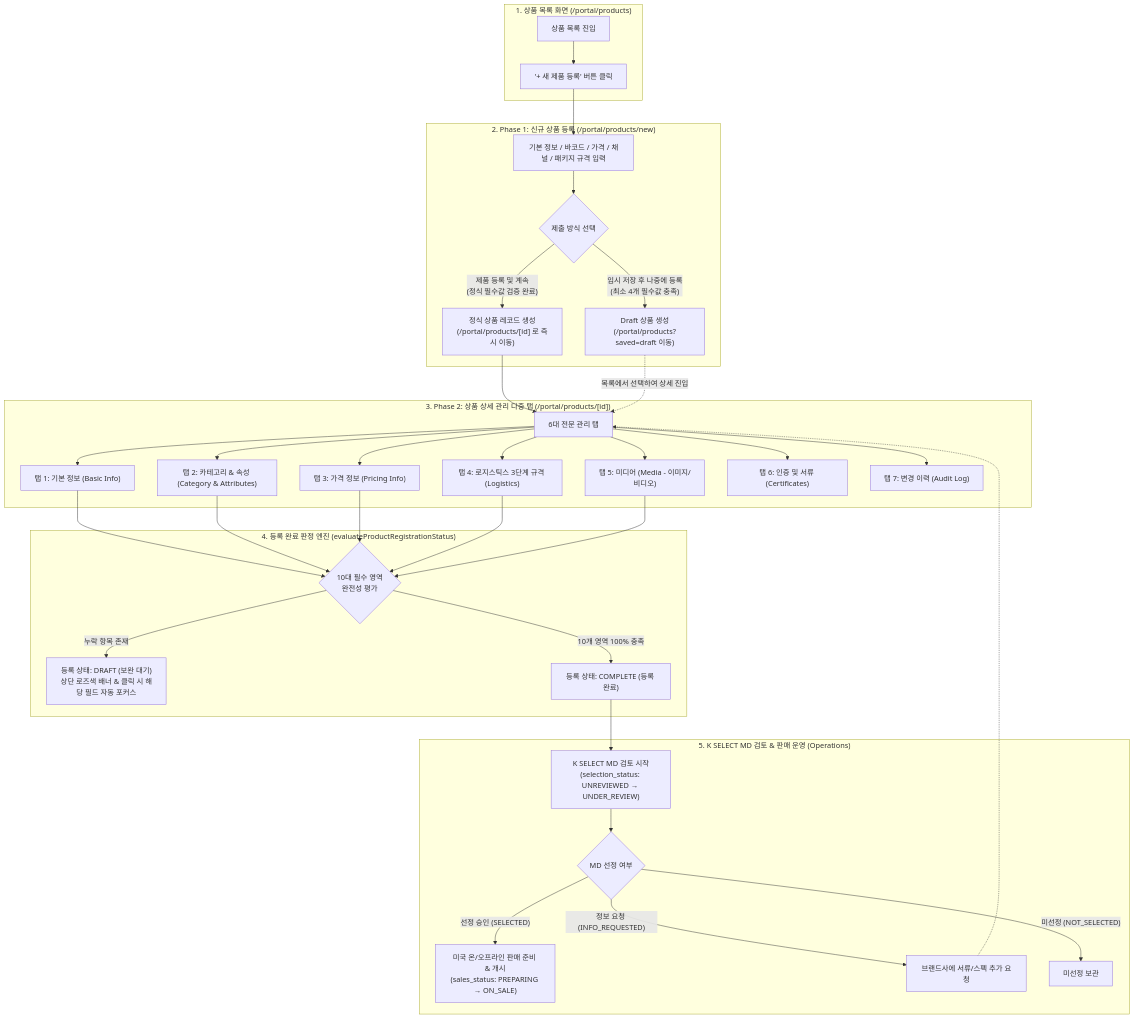
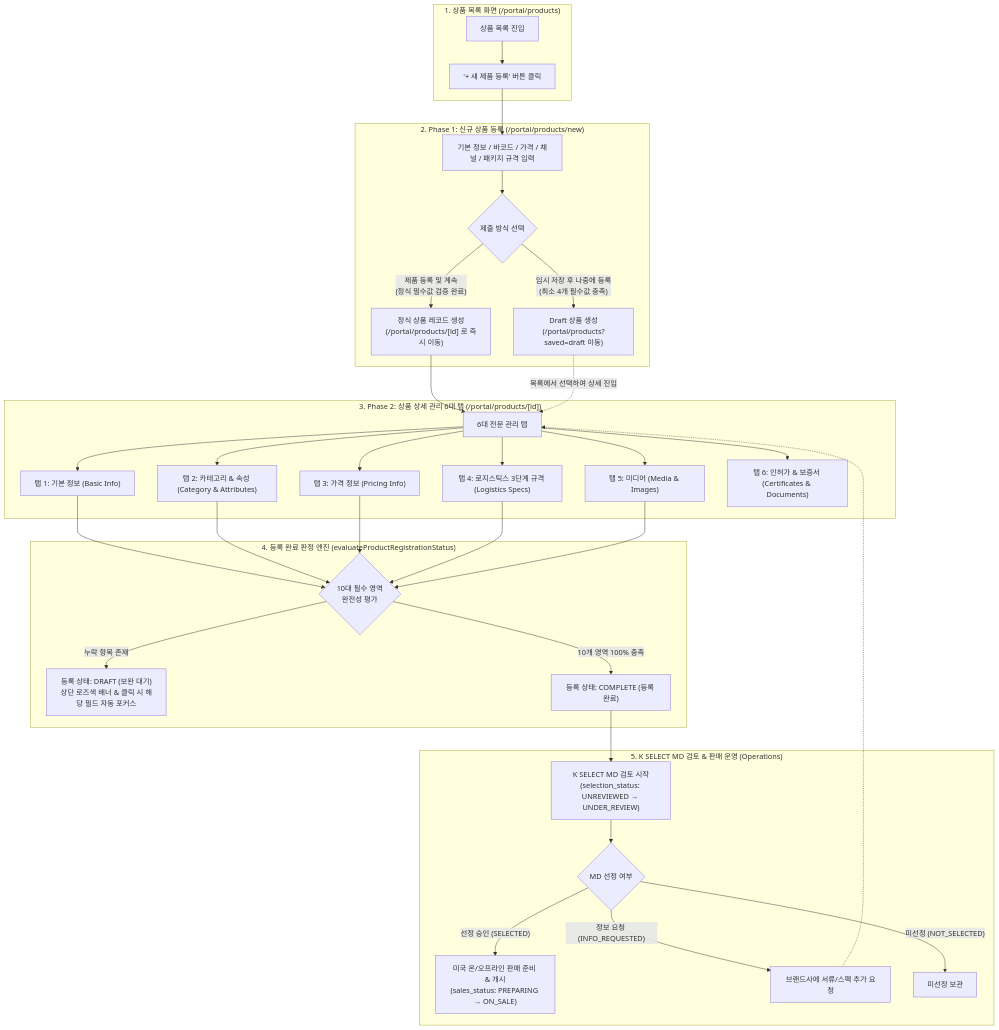
One commit to chaehahm-Kr/KBGP-Portal changed the first of 4 diagrams in Manuals/MAN-B-PROD-001_Product-Management/02_CLAUDE_PACKAGE/03_DIAGRAMS/PRODUCT_ARCHITECTURE_DIAGRAMS.md. Above: the diagram before and after it, drawn with Mermaid. The commit also changed other lines of this file and 6 other files, not shown here.

````diff
--- a/Manuals/MAN-B-PROD-001_Product-Management/02_CLAUDE_PACKAGE/03_DIAGRAMS/PRODUCT_ARCHITECTURE_DIAGRAMS.md
+++ b/Manuals/MAN-B-PROD-001_Product-Management/02_CLAUDE_PACKAGE/03_DIAGRAMS/PRODUCT_ARCHITECTURE_DIAGRAMS.md
@@ -14,41 +15,40 @@
 ```mermaid
 flowchart TD
     subgraph List["1. 상품 목록 화면 (/portal/products)"]
         L1["상품 목록 진입"] --> L2["'+ 새 제품 등록' 버튼 클릭"]
     end
 
     subgraph Phase1["2. Phase 1: 신규 상품 등록 (/portal/products/new)"]
         L2 --> P1["기본 정보 / 바코드 / 가격 / 채널 / 패키지 규격 입력"]
         P1 --> BRANCH{"제출 방식 선택"}
         BRANCH -->|"임시 저장 후 나중에 등록<br>(최소 4개 필수값 충족)"| DRAFT_SAVE["Draft 상품 생성<br>(/portal/products?saved=draft 이동)"]
         BRANCH -->|"제품 등록 및 계속<br>(정식 필수값 검증 완료)"| CONT_SAVE["정식 상품 레코드 생성<br>(/portal/products/[id] 로 즉시 이동)"]
     end
 
-    subgraph Phase2["3. Phase 2: 상품 상세 관리 다중 탭 (/portal/products/[id])"]
+    subgraph Phase2["3. Phase 2: 상품 상세 관리 6대 탭 (/portal/products/[id])"]
         CONT_SAVE --> TABS["6대 전문 관리 탭"]
         DRAFT_SAVE -.->|"목록에서 선택하여 상세 진입"| TABS
         
         TABS --> T1["탭 1: 기본 정보 (Basic Info)"]
         TABS --> T2["탭 2: 카테고리 & 속성 (Category & Attributes)"]
         TABS --> T3["탭 3: 가격 정보 (Pricing Info)"]
-        TABS --> T4["탭 4: 로지스틱스 3단계 규격 (Logistics)"]
-        TABS --> T5["탭 5: 미디어 (Media - 이미지/비디오)"]
-        TABS --> T6["탭 6: 인증 및 서류 (Certificates)"]
-        TABS --> T7["탭 7: 변경 이력 (Audit Log)"]
+        TABS --> T4["탭 4: 로지스틱스 3단계 규격 (Logistics Specs)"]
+        TABS --> T5["탭 5: 미디어 (Media & Images)"]
+        TABS --> T6["탭 6: 인허가 & 보증서 (Certificates & Documents)"]
     end
 
     subgraph Engine["4. 등록 완료 판정 엔진 (evaluateProductRegistrationStatus)"]
         T1 & T2 & T3 & T4 & T5 --> EVAL{"10대 필수 영역<br>완전성 평가"}
         EVAL -->|"누락 항목 존재"| STATUS_DRAFT["등록 상태: DRAFT (보완 대기)<br>상단 로즈색 배너 & 클릭 시 해당 필드 자동 포커스"]
         EVAL -->|"10개 영역 100% 충족"| STATUS_COMP["등록 상태: COMPLETE (등록 완료)"]
     end
 
     subgraph Review["5. K SELECT MD 검토 & 판매 운영 (Operations)"]
         STATUS_COMP --> MD_REV["K SELECT MD 검토 시작<br>(selection_status: UNREVIEWED → UNDER_REVIEW)"]
         MD_REV --> DECISION{"MD 선정 여부"}
         DECISION -->|"선정 승인 (SELECTED)"| ON_SALE["미국 온/오프라인 판매 준비 & 개시<br>(sales_status: PREPARING → ON_SALE)"]
         DECISION -->|"정보 요청 (INFO_REQUESTED)"| REQ_MORE["브랜드사에 서류/스펙 추가 요청"]
         REQ_MORE -.-> TABS
         DECISION -->|"미선정 (NOT_SELECTED)"| NOT_SEL["미선정 보관"]
     end
 ```
````
